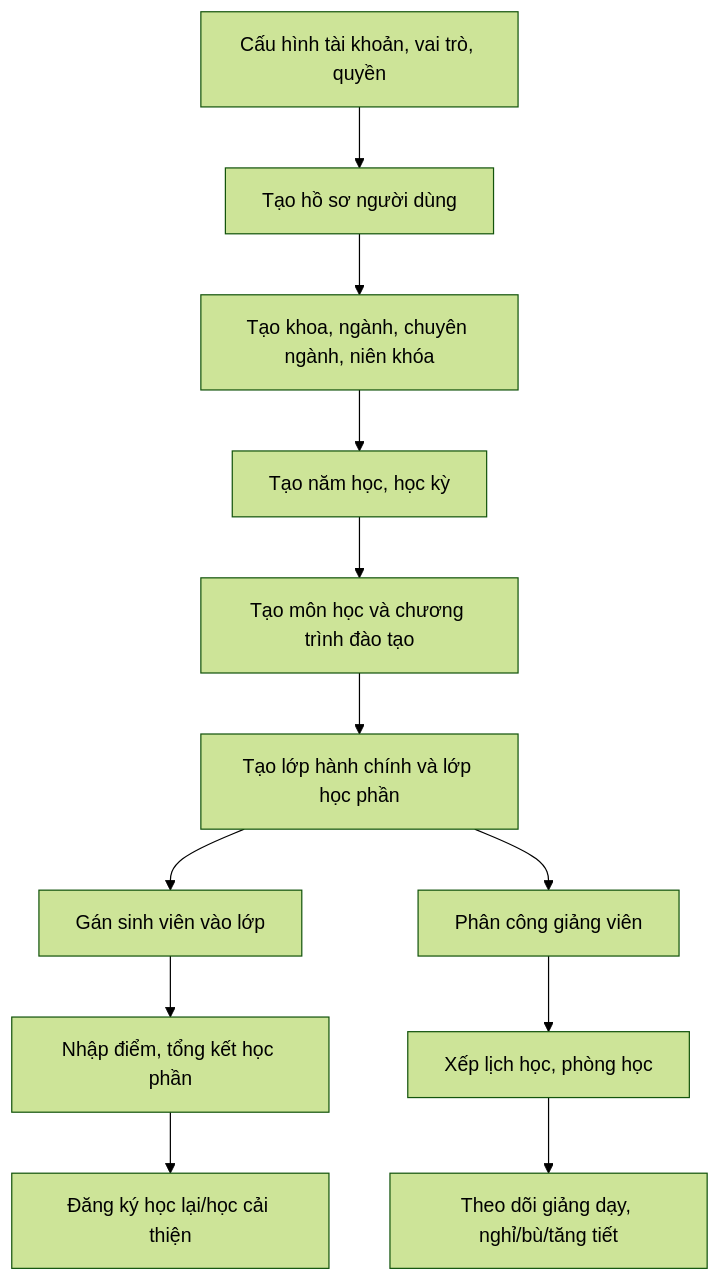
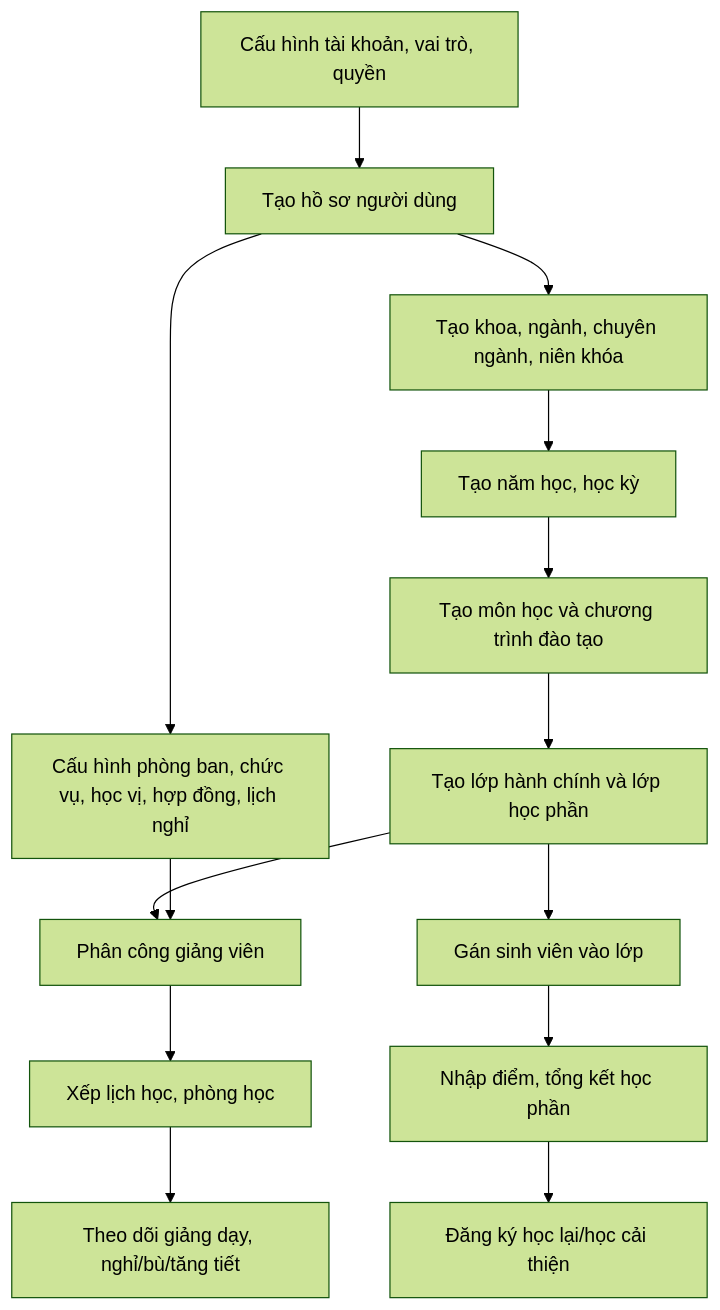
The first of 30 diagrams in backend/docs/20260529_chapter2_system_analysis_design.md (NguyenThoNgocIT/ems_educations), drawn with Mermaid (forest theme) before and after one commit. The commit also changed other lines of this file and 1 other file, not shown here.

````diff
--- a/backend/docs/20260529_chapter2_system_analysis_design.md
+++ b/backend/docs/20260529_chapter2_system_analysis_design.md
@@ -13,14 +13,16 @@
 ```mermaid
 flowchart TD
     A["Cấu hình tài khoản, vai trò, quyền"] --> B["Tạo hồ sơ người dùng"]
+    B --> HR["Cấu hình phòng ban, chức vụ, học vị, hợp đồng, lịch nghỉ"]
     B --> C["Tạo khoa, ngành, chuyên ngành, niên khóa"]
     C --> D["Tạo năm học, học kỳ"]
     D --> E["Tạo môn học và chương trình đào tạo"]
     E --> F["Tạo lớp hành chính và lớp học phần"]
     F --> G["Gán sinh viên vào lớp"]
     F --> H["Phân công giảng viên"]
+    HR --> H
     H --> I["Xếp lịch học, phòng học"]
     I --> J["Theo dõi giảng dạy, nghỉ/bù/tăng tiết"]
     G --> K["Nhập điểm, tổng kết học phần"]
     K --> L["Đăng ký học lại/học cải thiện"]
 ```
````
